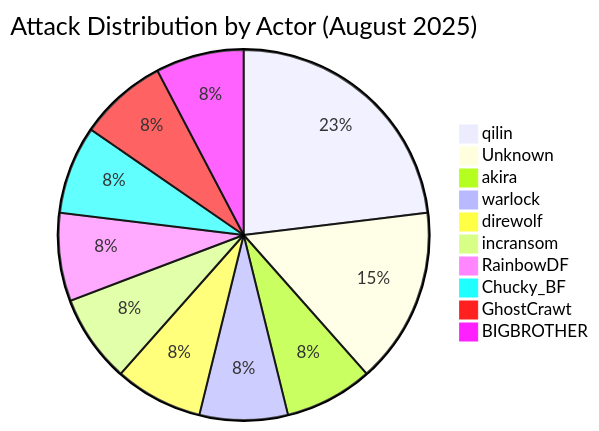
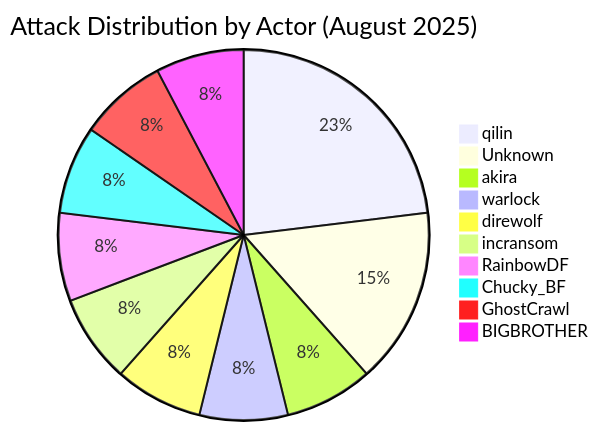
One commit to Hatchepsoute/AFRINTEL changed the first of 5 diagrams in CyberAttackAfrica/2025/08-august/README.md. Above: the diagram before and after it, drawn with Mermaid. The commit also changed other lines of this file and 255 other files, not shown here.

````diff
--- a/CyberAttackAfrica/2025/08-august/README.md
+++ b/CyberAttackAfrica/2025/08-august/README.md
@@ -35,13 +35,13 @@
 ```mermaid
 pie title Attack Distribution by Actor (August 2025)
     "qilin" : 3
     "Unknown" : 2
     "akira" : 1
     "warlock" : 1
     "direwolf" : 1
     "incransom" : 1
     "RainbowDF" : 1
     "Chucky_BF" : 1
-    "GhostCrawt" : 1
+    "GhostCrawl" : 1
     "BIGBROTHER" : 1
 ```
````
